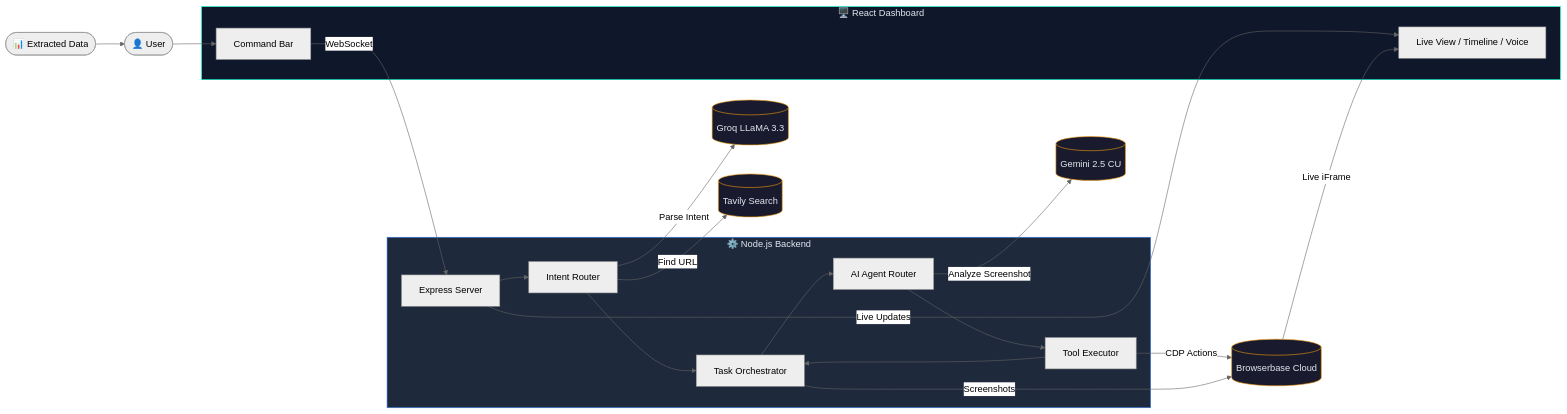
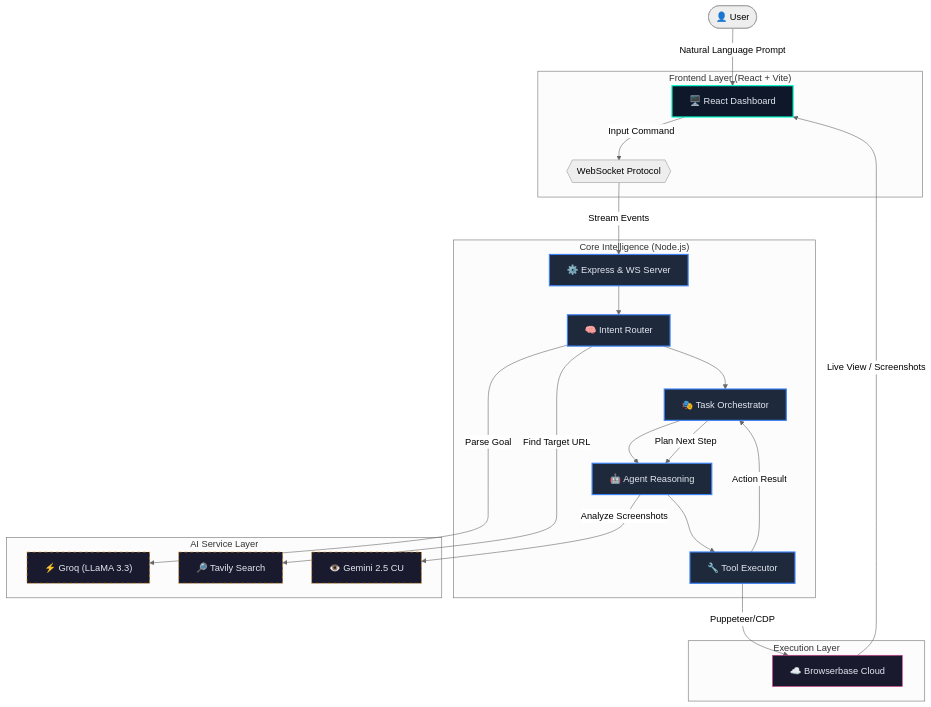
Before and after one commit to HemesshRam/Agentic-AI-Headless-Browser-Web-Automation-using-Gemini-2.5-and-Browserbase: the diagram in README.md, drawn with Mermaid (neutral theme). The commit also changed other lines of this file, not shown here.

````diff
--- a/README.md
+++ b/README.md
@@ -120,37 +120,46 @@
 ```mermaid
-flowchart LR
-    User([👤 User]) --> CMD[Command Bar]
-
-    subgraph Frontend["🖥️ React Dashboard"]
-        CMD
-        Live[Live View / Timeline / Voice]
+flowchart TD
+    %% User Interaction
+    User([👤 User]) -- "Natural Language Prompt" --> Dash["🖥️ React Dashboard"]
+    
+    subgraph Frontend["Frontend Layer (React + Vite)"]
+        Dash -- "Input Command" --> WS_Send{{"WebSocket Protocol"}}
     end
 
-    CMD -->|WebSocket| SRV[Express Server]
+    WS_Send -- "Stream Events" --> SRV["⚙️ Express & WS Server"]
 
-    subgraph Backend["⚙️ Node.js Backend"]
-        SRV --> INTENT[Intent Router]
-        INTENT --> ORCH[Task Orchestrator]
-        ORCH --> AGENT[AI Agent Router]
-        AGENT --> EXEC[Tool Executor]
-        EXEC --> ORCH
+    subgraph Backend["Core Intelligence (Node.js)"]
+        SRV --> Intent["🧠 Intent Router"]
+        Intent --> Orchestrator["🎭 Task Orchestrator"]
+        Orchestrator --> AgentRouter["🤖 Agent Reasoning"]
+        AgentRouter --> Tools["🔧 Tool Executor"]
+        
+        %% Feedback Loops
+        Tools -- "Action Result" --> Orchestrator
+        Orchestrator -- "Plan Next Step" --> AgentRouter
     end
 
-    INTENT -->|Parse Intent| GROQ[(Groq LLaMA 3.3)]
-    INTENT -->|Find URL| TAV[(Tavily Search)]
-    AGENT -->|Analyze Screenshot| GEMINI[(Gemini 2.5 CU)]
-    EXEC -->|CDP Actions| BB[(Browserbase Cloud)]
-    ORCH -->|Screenshots| BB
+    %% External AI Services
+    subgraph AI_Services["AI Service Layer"]
+        Intent -- "Parse Goal" --> GROQ["⚡ Groq (LLaMA 3.3)"]
+        Intent -- "Find Target URL" --> TAV["🔎 Tavily Search"]
+        AgentRouter -- "Analyze Screenshots" --> GEMINI["👁️ Gemini 2.5 CU"]
+    end
 
-    SRV -->|Live Updates| Live
-    BB -->|Live iFrame| Live
+    %% Browser Execution
+    subgraph Browser_Cloud["Execution Layer"]
+        Tools -- "Puppeteer/CDP" --> BB["☁️ Browserbase Cloud"]
+        BB -- "Live View / Screenshots" --> Dash
+    end
 
-    Result([📊 Extracted Data]) --> User
+    %% Styling
+    classDef frontend fill:#0f172a,stroke:#00ffcc,color:#e2e8f0,stroke-width:2px
+    classDef backend fill:#1e293b,stroke:#3b82f6,color:#e2e8f0,stroke-width:2px
+    classDef ai fill:#1a1a2e,stroke:#f59e0b,color:#e2e8f0,stroke-dasharray: 5 5
+    classDef cloud fill:#1a1a2e,stroke:#ec4899,color:#e2e8f0
 
-    style Frontend fill:#0f172a,stroke:#00ffcc,color:#e2e8f0
-    style Backend fill:#1e293b,stroke:#3b82f6,color:#e2e8f0
-    style GROQ fill:#1a1a2e,stroke:#f59e0b,color:#e2e8f0
-    style TAV fill:#1a1a2e,stroke:#f59e0b,color:#e2e8f0
-    style GEMINI fill:#1a1a2e,stroke:#f59e0b,color:#e2e8f0
-    style BB fill:#1a1a2e,stroke:#f59e0b,color:#e2e8f0
+    class Dash frontend
+    class SRV,Intent,Orchestrator,AgentRouter,Tools backend
+    class GROQ,TAV,GEMINI ai
+    class BB cloud
 ```
````
